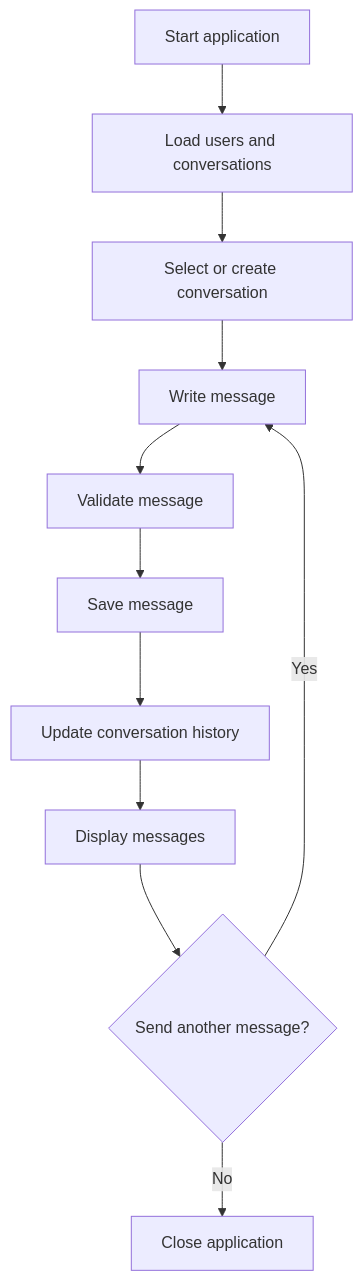
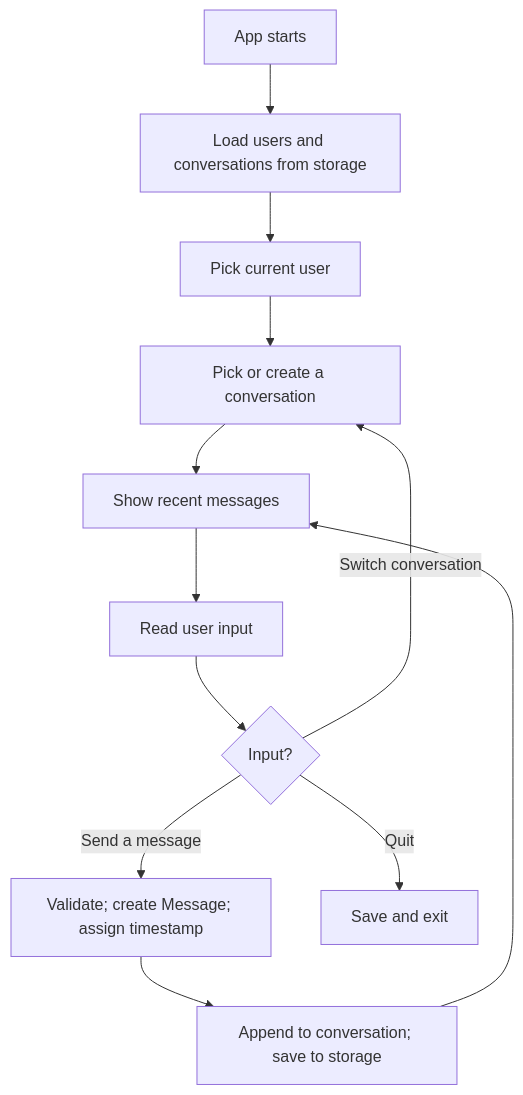
One commit to rmalkevy/Programming-Practice-Projects changed the diagram in labs/lab-01-messenger.md. Above: the diagram before and after it, drawn with Mermaid. The commit also changed other lines of this file and 3 other files, not shown here.

````diff
--- a/labs/lab-01-messenger.md
+++ b/labs/lab-01-messenger.md
@@ -36,13 +50,14 @@
 ```mermaid
 flowchart TD
-    A[Start application] --> B[Load users and conversations]
-    B --> C[Select or create conversation]
-    C --> D[Write message]
-    D --> E[Validate message]
-    E --> F[Save message]
-    F --> G[Update conversation history]
-    G --> H[Display messages]
-    H --> I{Send another message?}
-    I -- Yes --> D
-    I -- No --> J[Close application]
+    A[App starts] --> B[Load users and conversations from storage]
+    B --> C[Pick current user]
+    C --> D[Pick or create a conversation]
+    D --> E[Show recent messages]
+    E --> F[Read user input]
+    F --> G{Input?}
+    G -- Send a message --> H[Validate; create Message; assign timestamp]
+    H --> I[Append to conversation; save to storage]
+    I --> E
+    G -- Switch conversation --> D
+    G -- Quit --> J[Save and exit]
 ```
````
